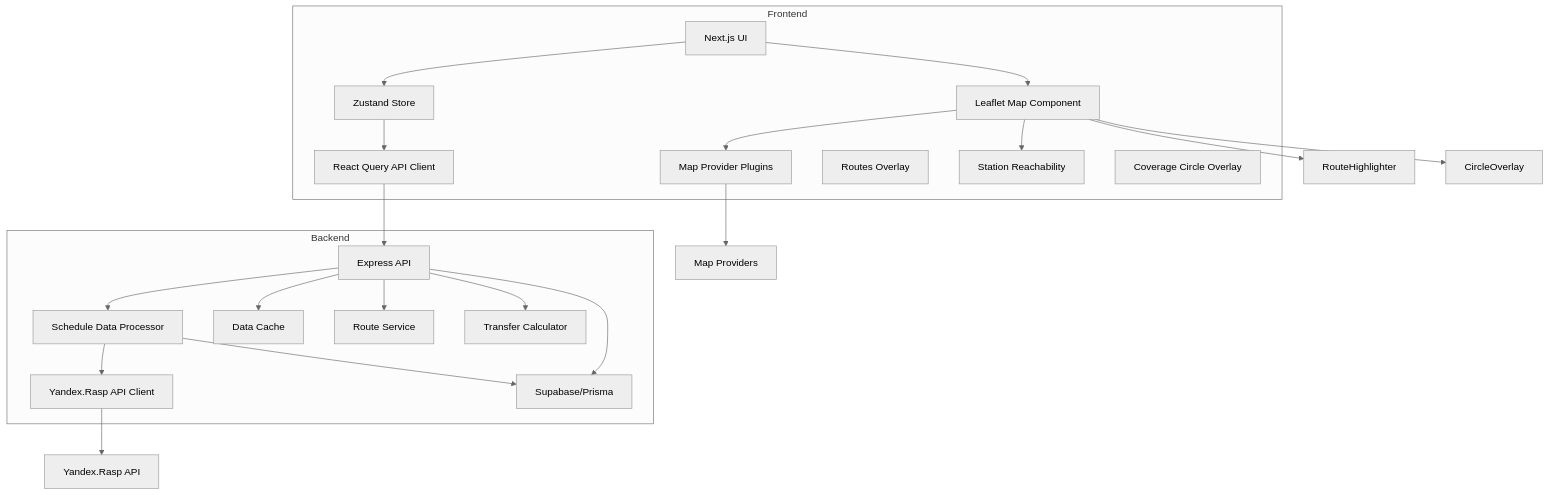
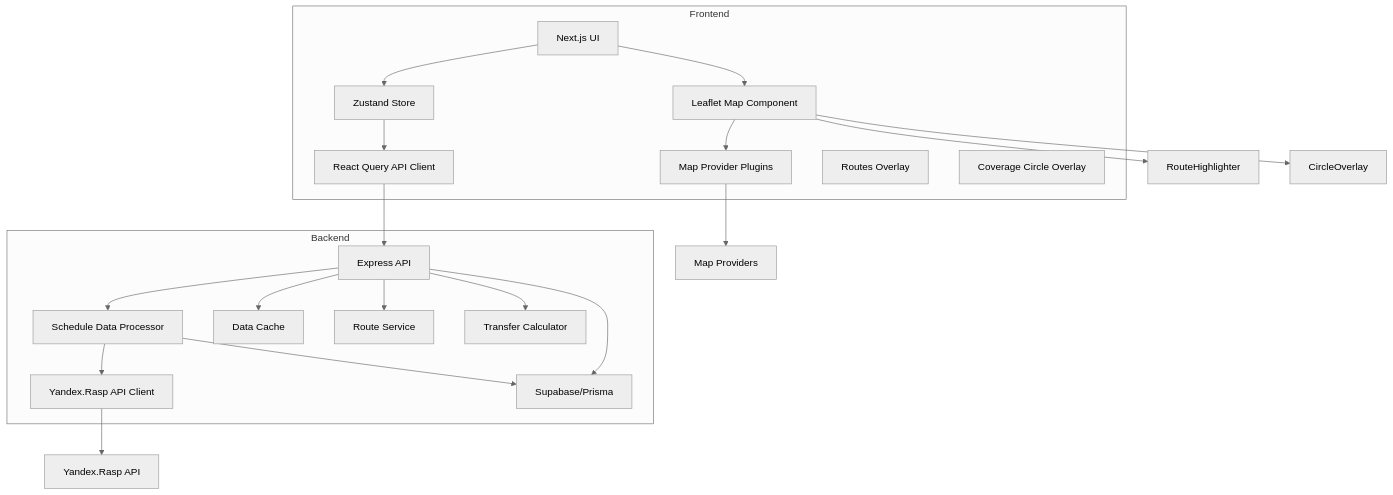
Before and after one commit to stone-w4tch3r/where2: the first of 5 diagrams in prompts/arch.md, drawn with Mermaid (neutral theme). The commit also changed other lines of this file and 12 other files, not shown here.

````diff
--- a/prompts/arch.md
+++ b/prompts/arch.md
@@ -3,44 +3,42 @@
 ```mermaid
 flowchart TD
     subgraph "Frontend"
         UI[Next.js UI]
         MapComponent[Leaflet Map Component]
         StateManagement[Zustand Store]
         APIClient[React Query API Client]
         MapPlugins[Map Provider Plugins]
         RoutesOverlay[Routes Overlay]
-        ReachabilityCalculator[Station Reachability]
         CoverageCircle[Coverage Circle Overlay]
     end
-    
+
     subgraph "Backend"
         API[Express API]
         DataProcessor[Schedule Data Processor]
         ExternalAPI[Yandex.Rasp API Client]
         Cache[Data Cache]
         DB[Supabase/Prisma]
         RouteService[Route Service]
         TransferCalculator[Transfer Calculator]
     end
-    
+
     ExternalSources[Yandex.Rasp API]
     MapProviders[Map Providers]
-    
+
     UI --> StateManagement
     UI --> MapComponent
     MapComponent --> MapPlugins
     MapComponent --> RouteHighlighter
-    MapComponent --> ReachabilityCalculator
     MapComponent --> CircleOverlay
     MapPlugins --> MapProviders
     StateManagement --> APIClient
     APIClient --> API
     API --> DataProcessor
     API --> RouteService
     API --> TransferCalculator
     DataProcessor --> ExternalAPI
     ExternalAPI --> ExternalSources
     DataProcessor --> DB
     API --> DB
     API --> Cache
 ```
````
